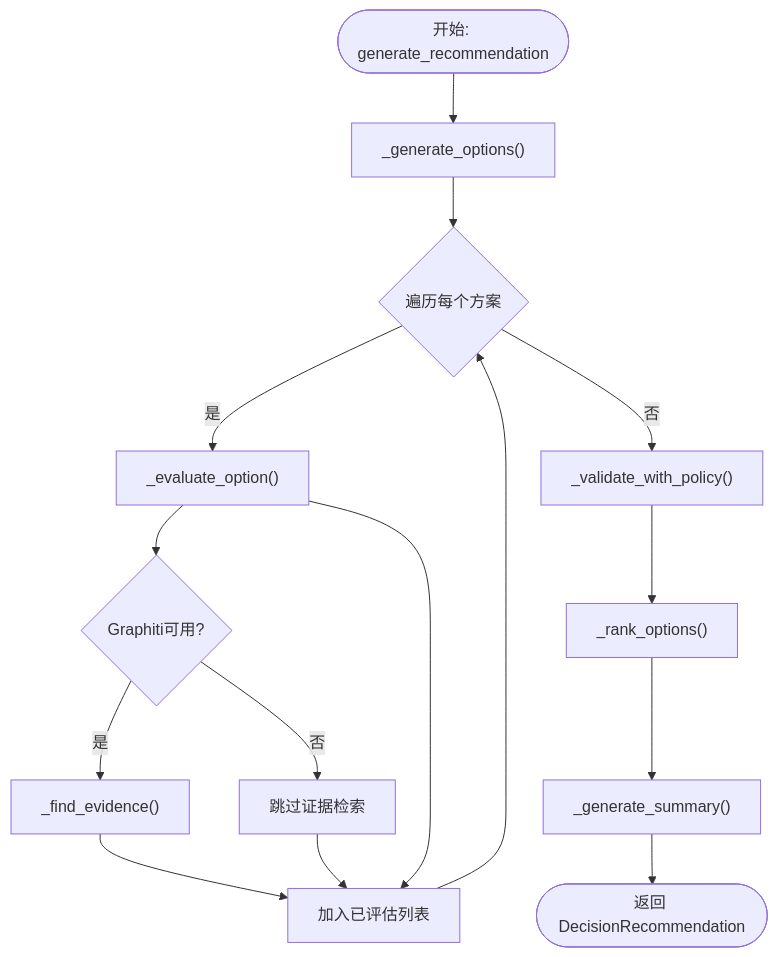
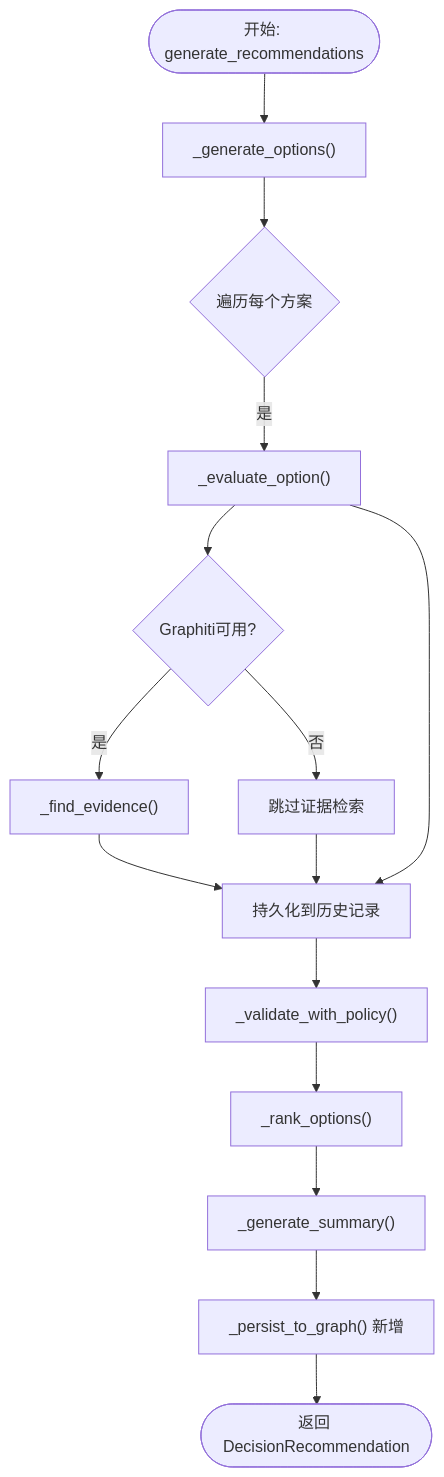
Before and after one commit to inier/ontology-graphiti: the third of 6 diagrams in .qoder/repowiki/zh/content/后端服务/业务领域服务/决策支持系统/决策推荐引擎.md, drawn with Mermaid. The commit also changed other lines of this file and 8 other files, not shown here.

````diff
--- a/.qoder/repowiki/zh/content/后端服务/业务领域服务/决策支持系统/决策推荐引擎.md
+++ b/.qoder/repowiki/zh/content/后端服务/业务领域服务/决策支持系统/决策推荐引擎.md
@@ -141,17 +145,17 @@
 ```mermaid
 flowchart TD
-Start(["开始: generate_recommendation"]) --> GenOpts["_generate_options()"]
+Start(["开始: generate_recommendations"]) --> GenOpts["_generate_options()"]
 GenOpts --> EvalLoop{"遍历每个方案"}
 EvalLoop --> |是| EvalOpt["_evaluate_option()"]
 EvalOpt --> Evidence{"Graphiti可用?"}
 Evidence --> |是| FindEvi["_find_evidence()"]
 Evidence --> |否| SkipEvi["跳过证据检索"]
-FindEvi --> Next
-SkipEvi --> Next
-EvalOpt --> Next["加入已评估列表"]
-Next --> EvalLoop
-EvalLoop --> |否| Policy["_validate_with_policy()"]
+FindEvi --> Persist["持久化到历史记录"]
+SkipEvi --> Persist
+EvalOpt --> Persist
+Persist --> Policy["_validate_with_policy()"]
 Policy --> Rank["_rank_options()"]
 Rank --> Sum["_generate_summary()"]
-Sum --> End(["返回 DecisionRecommendation"])
+Sum --> Hist["_persist_to_graph() 新增"]
+Hist --> End(["返回 DecisionRecommendation"])
 ```
````
